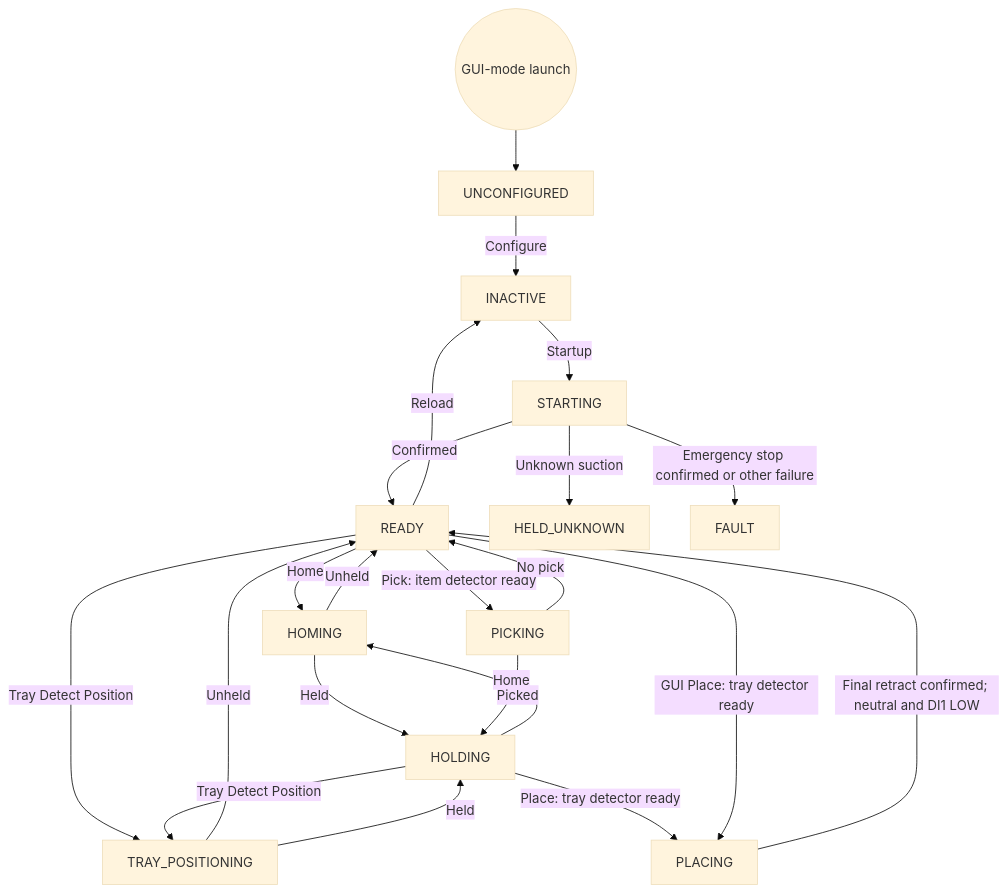
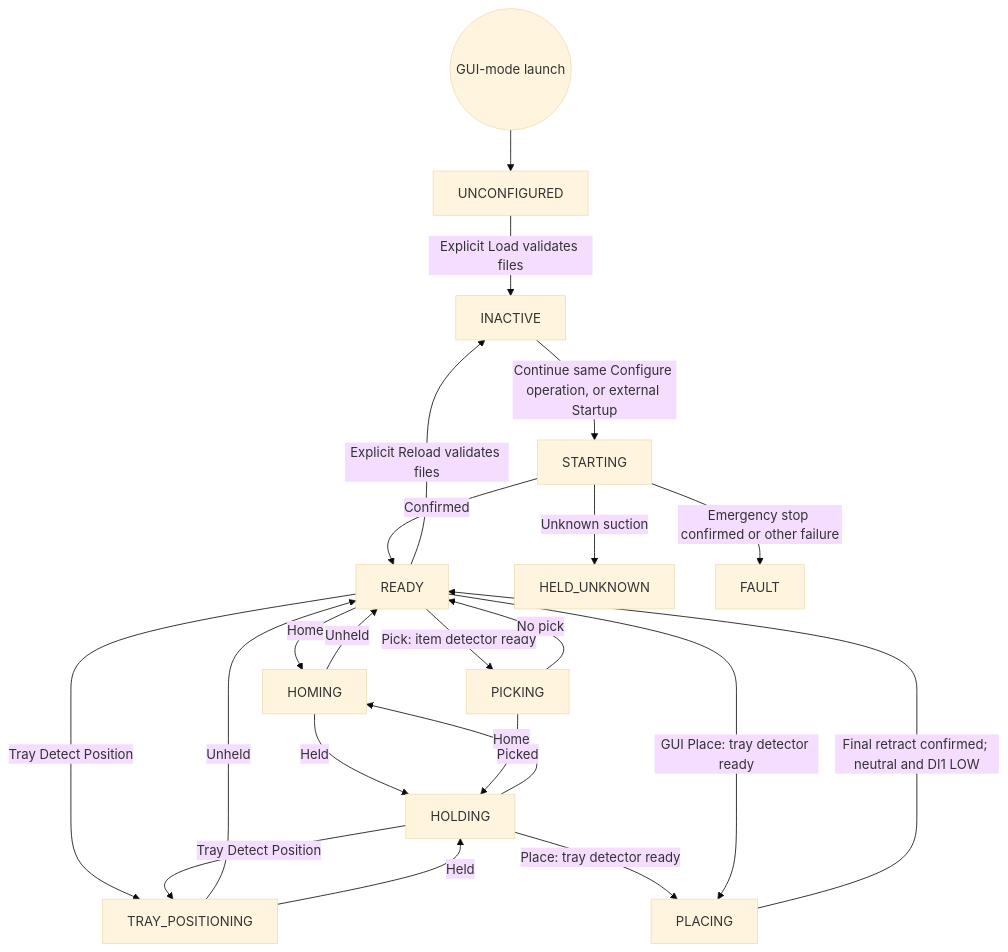
One commit to esgange/dobot_picknplace_yolo changed the second of 8 diagrams in docs/ROBOT_CONTROLLER_FSM.md. Above: the diagram before and after it, drawn with Mermaid (base theme). The commit also changed other lines of this file and 17 other files, not shown here.

````diff
--- a/docs/ROBOT_CONTROLLER_FSM.md
+++ b/docs/ROBOT_CONTROLLER_FSM.md
@@ -256,24 +287,24 @@
 ```mermaid
 flowchart TD
     Launch((GUI-mode launch)) --> UNCONFIGURED
-    UNCONFIGURED -->|Configure| INACTIVE
-    INACTIVE -->|Startup| STARTING
+    UNCONFIGURED -->|Explicit Load validates files| INACTIVE
+    INACTIVE -->|Continue same Configure operation, or external Startup| STARTING
     STARTING -->|Confirmed| READY
-    READY -->|Reload| INACTIVE
+    READY -->|Explicit Reload validates files| INACTIVE
     READY -->|Home| HOMING
     HOMING -->|Unheld| READY
     HOLDING -->|Home| HOMING
     HOMING -->|Held| HOLDING
     READY -->|Pick: item detector ready| PICKING
     PICKING -->|Picked| HOLDING
     PICKING -->|No pick| READY
     READY -->|Tray Detect Position| TRAY_POSITIONING
     HOLDING -->|Tray Detect Position| TRAY_POSITIONING
     TRAY_POSITIONING -->|Unheld| READY
     TRAY_POSITIONING -->|Held| HOLDING
     HOLDING -->|Place: tray detector ready| PLACING
     READY -->|GUI Place: tray detector ready| PLACING
     PLACING -->|Final retract confirmed; neutral and DI1 LOW| READY
     STARTING -->|Unknown suction| HELD_UNKNOWN
     STARTING -->|Emergency stop confirmed or other failure| FAULT
 ```
````
